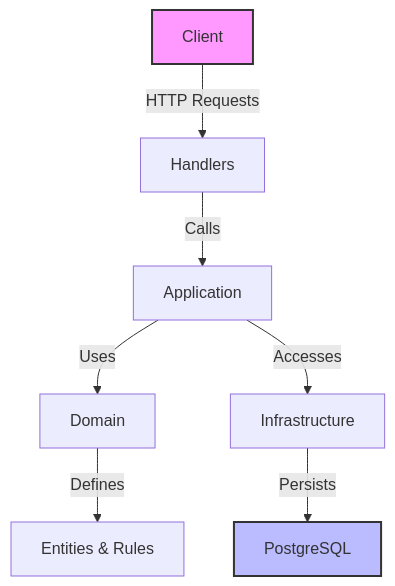
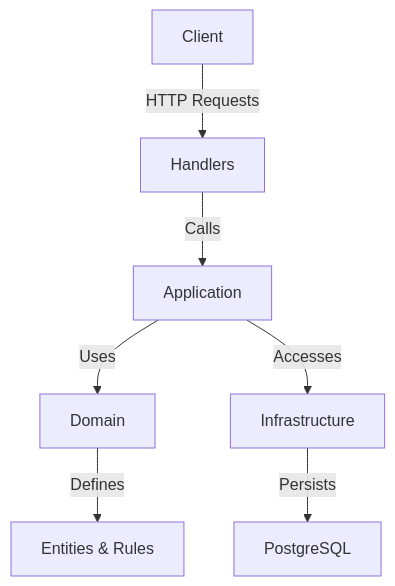
Before and after one commit to ltphat2204/domain-driven-golang: the diagram in README.MD, drawn with Mermaid.

Commit message:
docs: remove unused style definitions from architecture diagram
Remove redundant style lines for Client and PostgreSQL nodes in the
architecture diagram to clean up the README and improve maintainability.

````diff
--- a/README.MD
+++ b/README.MD
@@ -49,11 +49,9 @@
 ```mermaid
 graph TD
     A[Client] -->|HTTP Requests| B[Handlers]
     B -->|Calls| C[Application]
     C -->|Uses| D[Domain]
     C -->|Accesses| E[Infrastructure]
     E -->|Persists| F[PostgreSQL]
     D -->|Defines| G[Entities & Rules]
-    style A fill:#f9f,stroke:#333,stroke-width:2px
-    style F fill:#bbf,stroke:#333,stroke-width:2px
 ```
````
